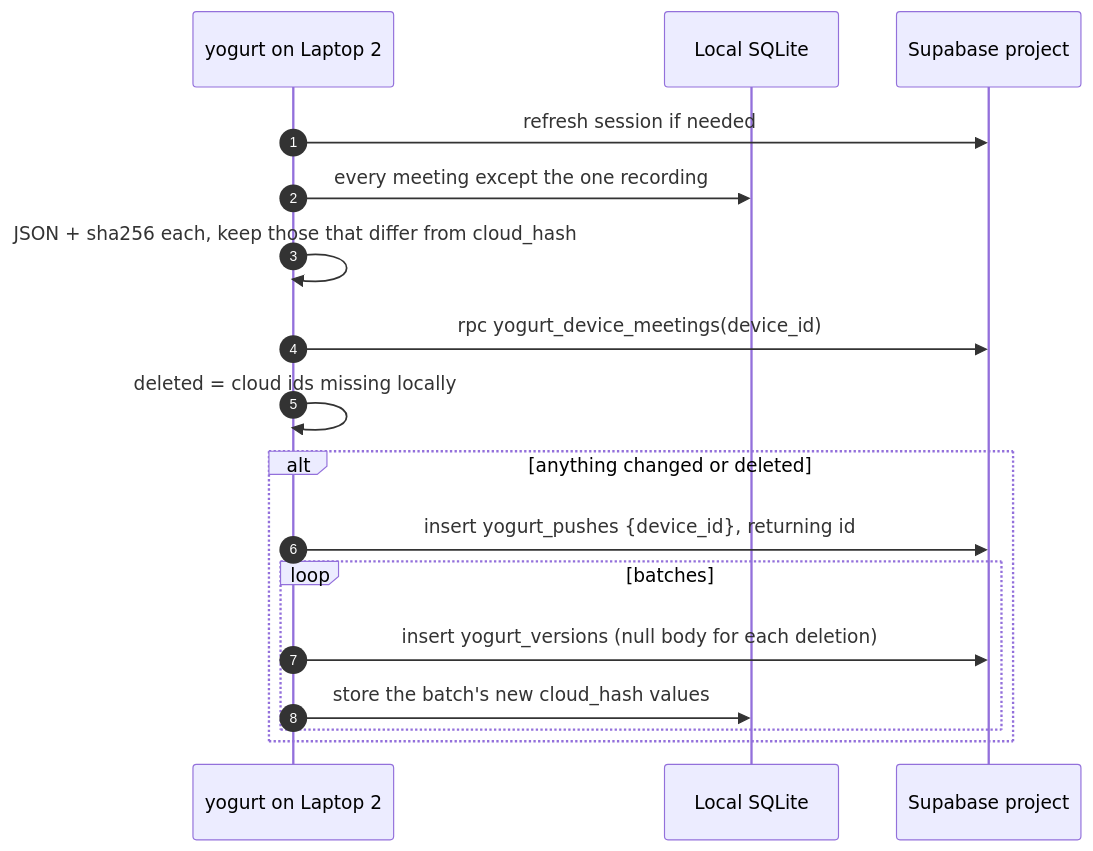
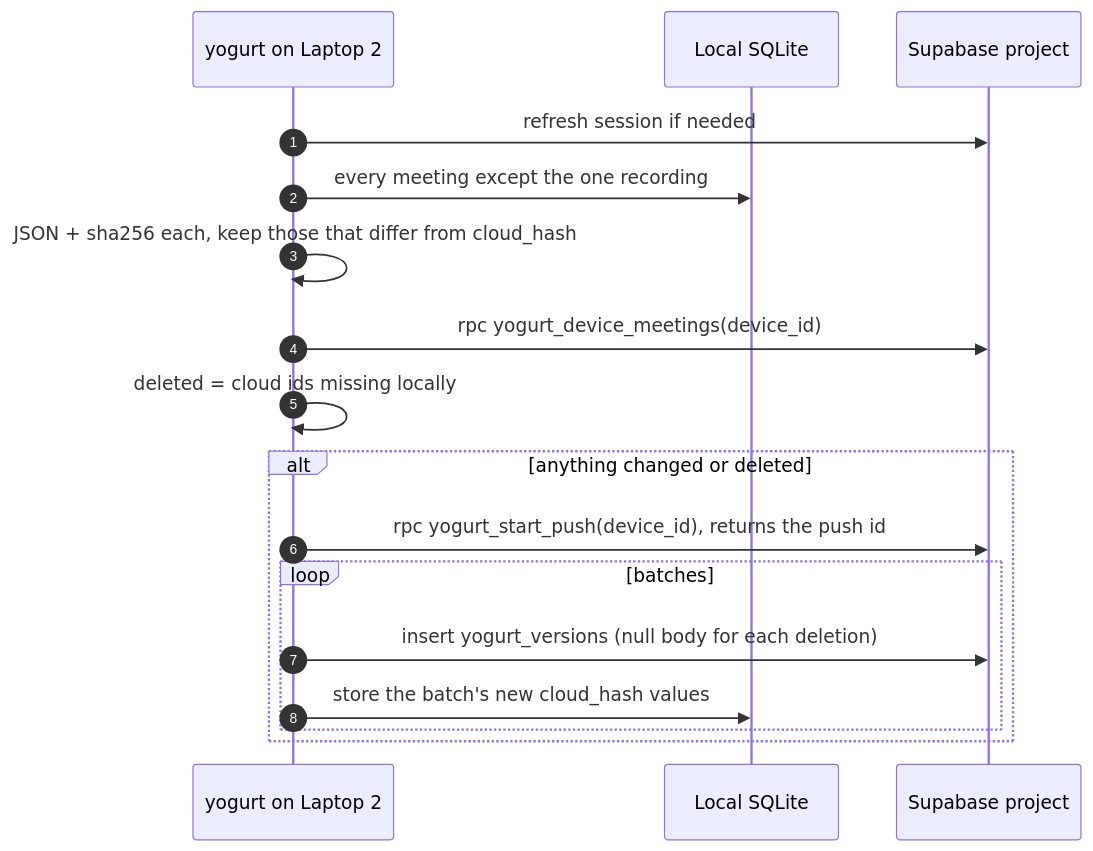
The fifth of 5 diagrams in docs/.planning/sync-cloud-mirror-design.md (jarvisrchen/yogurt), drawn with Mermaid before and after one commit. The commit also changed other lines of this file and 47 other files, not shown here.

````diff
--- a/docs/.planning/sync-cloud-mirror-design.md
+++ b/docs/.planning/sync-cloud-mirror-design.md
@@ -182,20 +202,20 @@
 ```mermaid
 sequenceDiagram
   autonumber
   participant Y as yogurt on Laptop 2
   participant DB as Local SQLite
   participant P as Supabase project
 
   Y->>P: refresh session if needed
   Y->>DB: every meeting except the one recording
   Y->>Y: JSON + sha256 each, keep those that differ from cloud_hash
   Y->>P: rpc yogurt_device_meetings(device_id)
   Y->>Y: deleted = cloud ids missing locally
   alt anything changed or deleted
-    Y->>P: insert yogurt_pushes {device_id}, returning id
+    Y->>P: rpc yogurt_start_push(device_id), returns the push id
     loop batches
       Y->>P: insert yogurt_versions (null body for each deletion)
       Y->>DB: store the batch's new cloud_hash values
     end
   end
 ```
````
